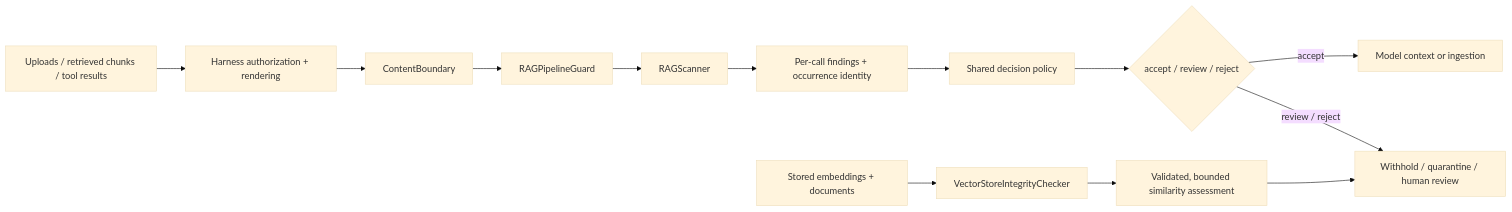
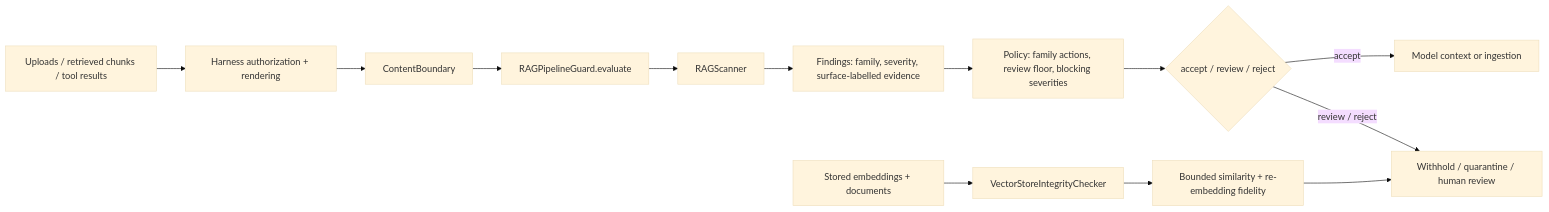
One commit to wif1c0ldspot/ragguard changed the diagram in docs/ARCHITECTURE_ONE_PAGER.md. Above: the diagram before and after it, drawn with Mermaid (base theme). The commit also changed other lines of this file and 41 other files, not shown here.

````diff
--- a/docs/ARCHITECTURE_ONE_PAGER.md
+++ b/docs/ARCHITECTURE_ONE_PAGER.md
@@ -6,15 +6,15 @@
 ```mermaid
 flowchart LR
     A[Uploads / retrieved chunks / tool results] --> B[Harness authorization + rendering]
     B --> C[ContentBoundary]
-    C --> D[RAGPipelineGuard]
+    C --> D[RAGPipelineGuard.evaluate]
     D --> E[RAGScanner]
-    E --> F[Per-call findings + occurrence identity]
-    F --> G[Shared decision policy]
+    E --> F[Findings: family, severity, surface-labelled evidence]
+    F --> G[Policy: family actions, review floor, blocking severities]
     G --> H{accept / review / reject}
     H -->|accept| I[Model context or ingestion]
     H -->|review / reject| J[Withhold / quarantine / human review]
     K[Stored embeddings + documents] --> L[VectorStoreIntegrityChecker]
-    L --> M[Validated, bounded similarity assessment]
+    L --> M[Bounded similarity + re-embedding fidelity]
     M --> J
 ```
````
